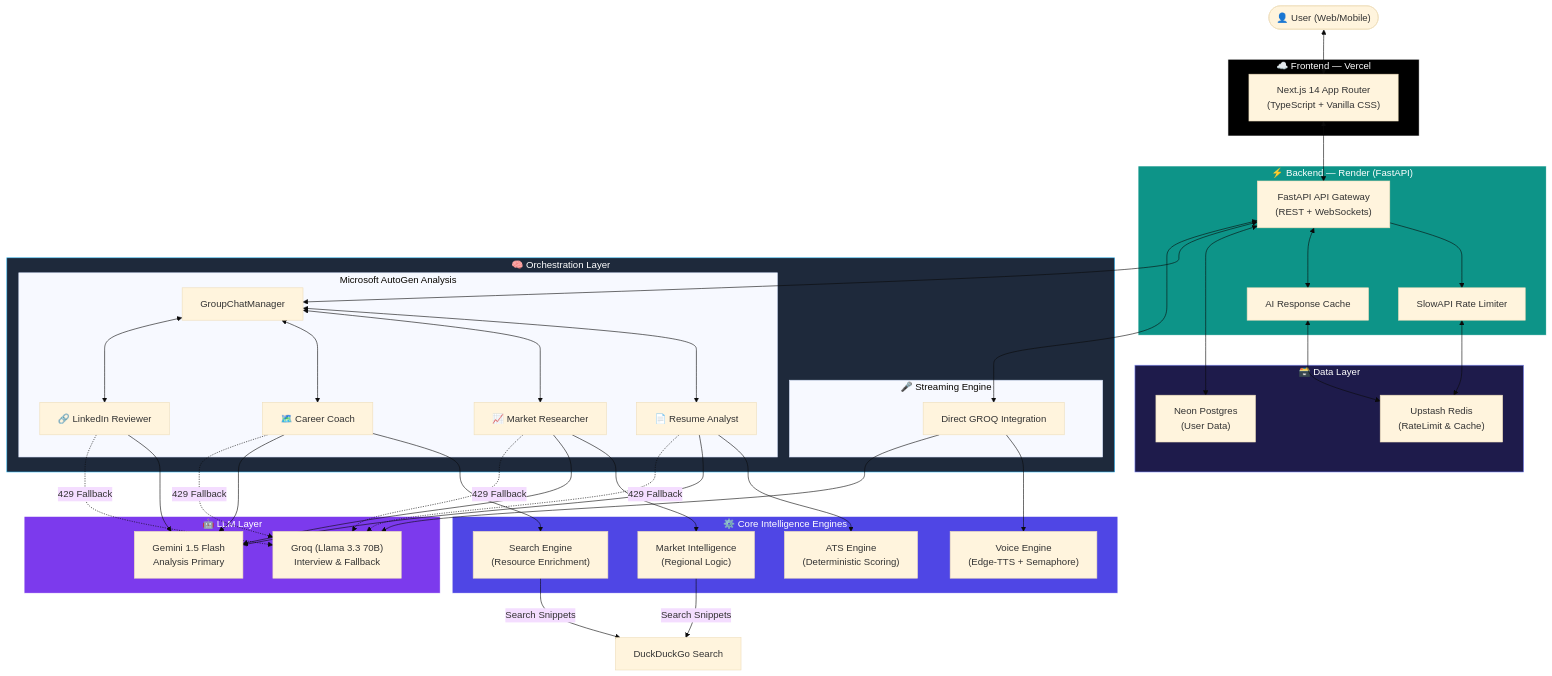
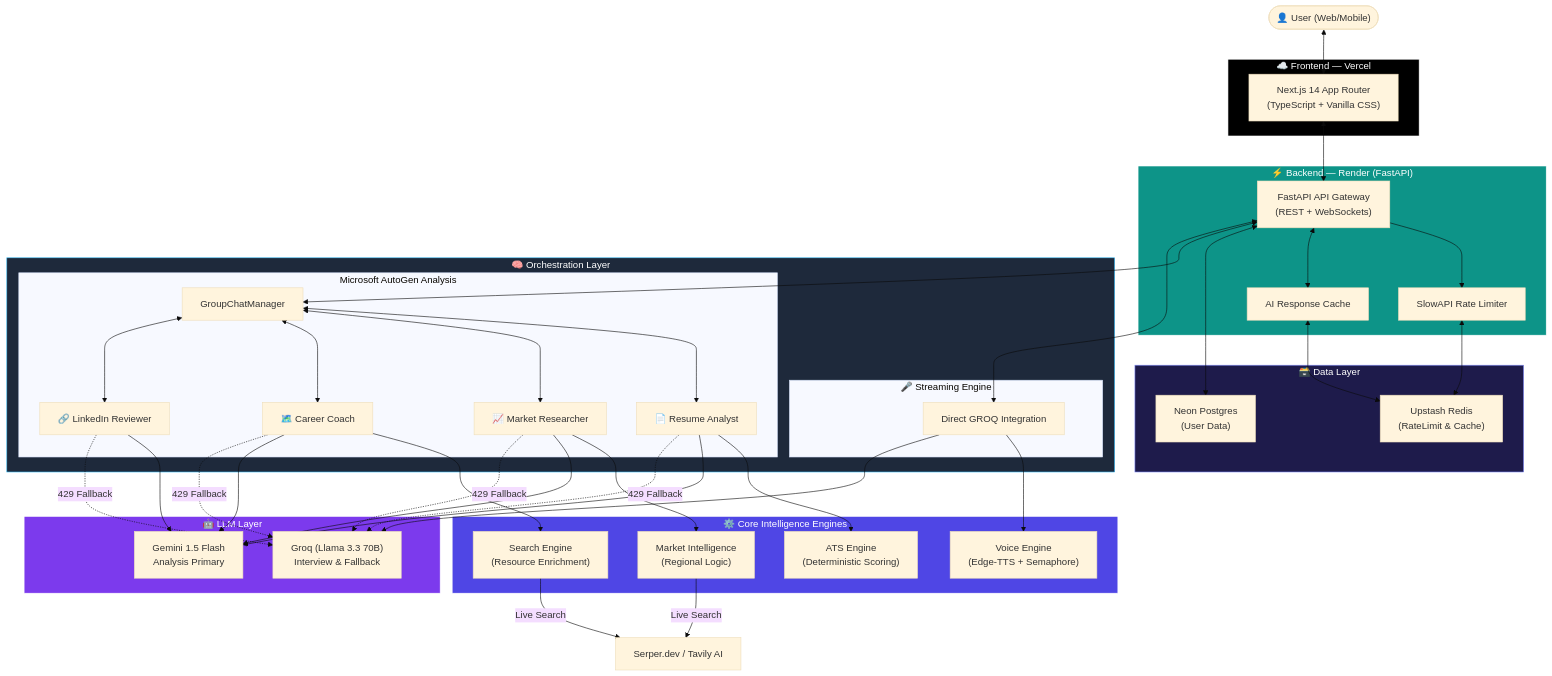
Before and after one commit to Anil-Pradhan-web/ai-career-mentor: the diagram in README.md, drawn with Mermaid (base theme). The commit also changed other lines of this file and 16 other files, not shown here.

Commit message:
Market Intelligence 2.0: Unified Service, Pro APIs (Tavily/Serper), Caching & Hardening

````diff
--- a/README.md
+++ b/README.md
@@ -149,73 +150,73 @@
 ```mermaid
 flowchart TD
     User(["👤 User (Web/Mobile)"])
     
     subgraph Frontend ["☁️ Frontend — Vercel"]
         NextJS["Next.js 14 App Router\n(TypeScript + Vanilla CSS)"]
     end
 
     subgraph Backend ["⚡ Backend — Render (FastAPI)"]
         API["FastAPI API Gateway\n(REST + WebSockets)"]
         RateLimit["SlowAPI Rate Limiter"]
         Cache["AI Response Cache"]
     end
 
     subgraph Orchestration ["🧠 Orchestration Layer"]
         subgraph AutoGen ["Microsoft AutoGen Analysis"]
             Manager["GroupChatManager"]
             A1["📄 Resume Analyst"]
             A2["📈 Market Researcher"]
             A3["🗺️ Career Coach"]
             A4["🔗 LinkedIn Reviewer"]
         end
         
         subgraph Interview ["🎤 Streaming Engine"]
             DirectLLM["Direct GROQ Integration"]
         end
     end
 
     subgraph Intelligence ["⚙️ Core Intelligence Engines"]
         ATS["ATS Engine\n(Deterministic Scoring)"]
         Market["Market Intelligence\n(Regional Logic)"]
         Search["Search Engine\n(Resource Enrichment)"]
         Voice["Voice Engine\n(Edge-TTS + Semaphore)"]
     end
 
     subgraph LLM ["🤖 LLM Layer"]
         GROQ["Groq (Llama 3.3 70B)\nInterview & Fallback"]
         GEMINI["Gemini 1.5 Flash\nAnalysis Primary"]
     end
 
     subgraph Data ["🗃️ Data Layer"]
         Postgres["Neon Postgres\n(User Data)"]
         Redis["Upstash Redis\n(RateLimit & Cache)"]
     end
 
     User <--> NextJS
     NextJS <--> API
     API --> RateLimit <--> Redis
     API <--> Cache <--> Redis
     API <--> Postgres
     
     API <--> Manager
     Manager <--> A1 & A2 & A3 & A4
     API <--> DirectLLM
     
     A1 --> ATS
     A2 --> Market
     A3 --> Search
     DirectLLM --> Voice
     
     A1 & A2 & A3 & A4 --> GEMINI
     A1 & A2 & A3 & A4 -.->|"429 Fallback"| GROQ
     DirectLLM --> GROQ
     
-    Market & Search -->|"Search Snippets"| DDG["DuckDuckGo Search"]
+    Market & Search -->|"Live Search"| SERPER["Serper.dev / Tavily AI"]
 
     style Frontend fill:#000,stroke:#fff,color:#fff
     style Backend fill:#0D9488,stroke:#fff,color:#fff
     style Orchestration fill:#1E293B,stroke:#38BDF8,color:#fff
     style Intelligence fill:#4F46E5,stroke:#fff,color:#fff
     style LLM fill:#7C3AED,stroke:#fff,color:#fff
     style Data fill:#1E1B4B,stroke:#818cf8,color:#fff
 ```
````
